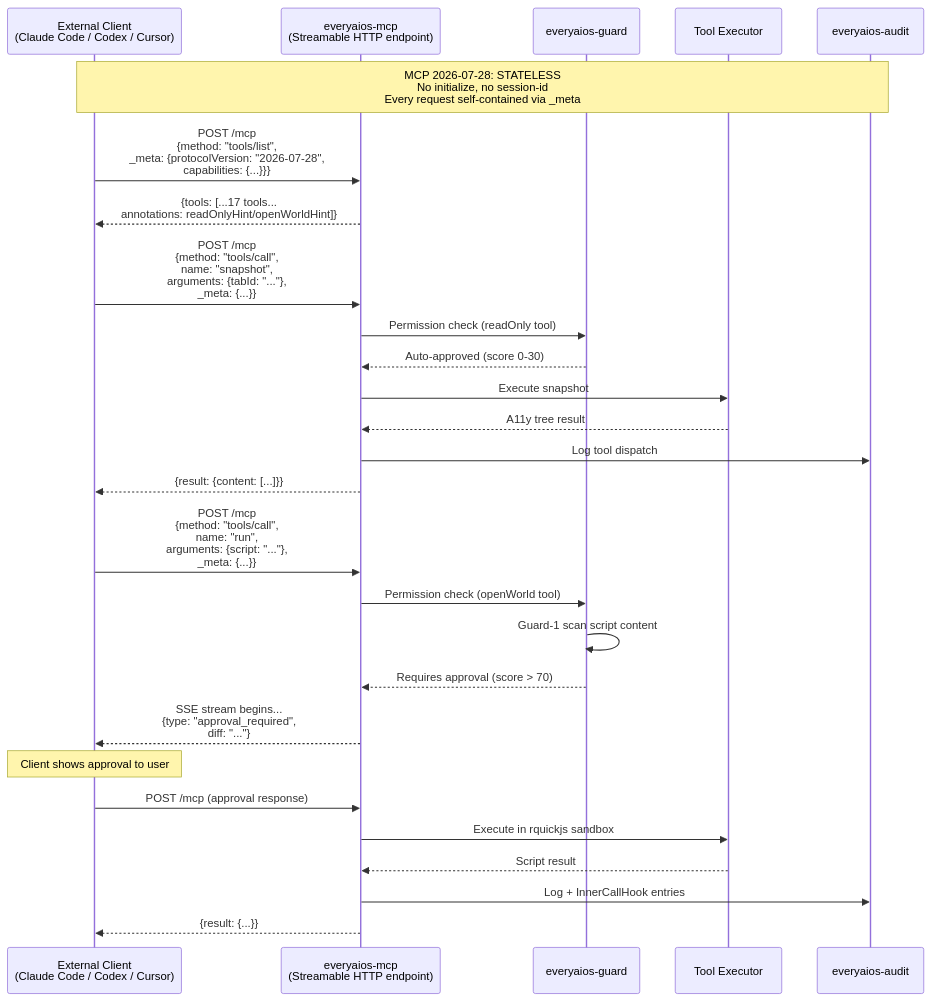
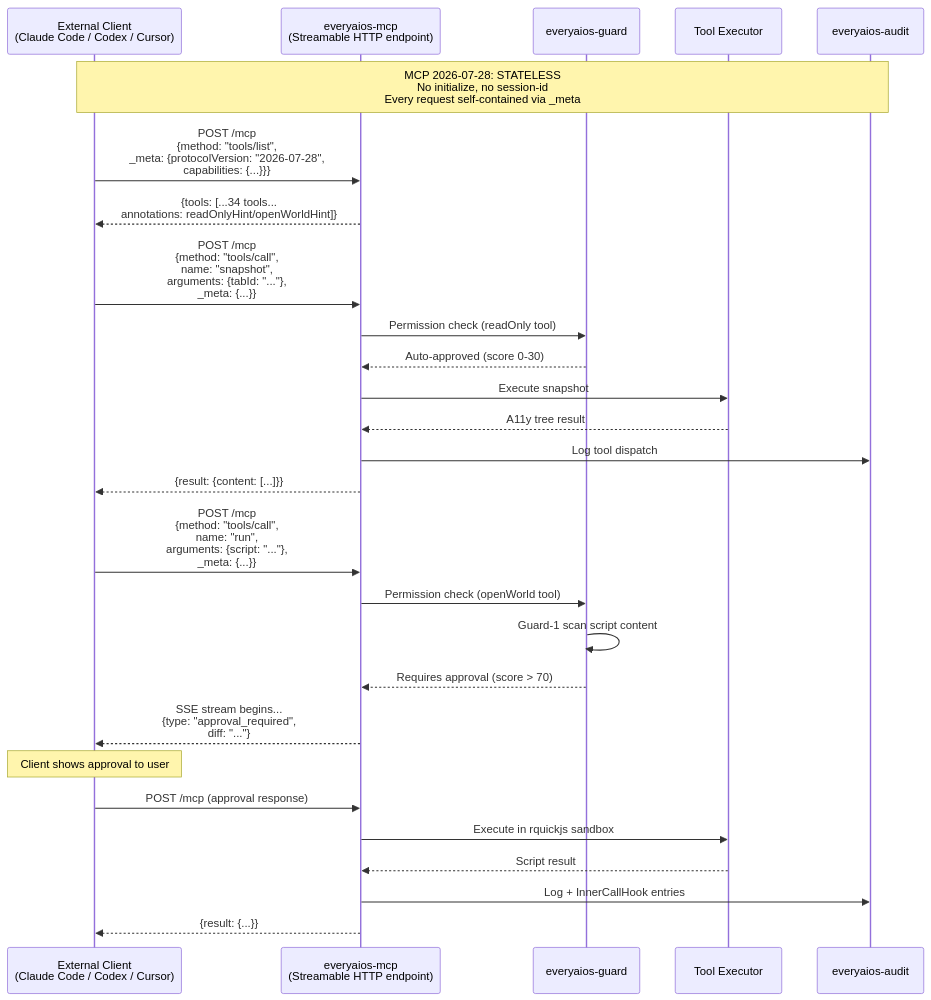
Diagram 18 of 24 in ARCH/DIAGRAMS.md (sarv-projects/EveryAIOS), drawn with Mermaid before and after one commit. The commit also changed other lines of this file and 45 other files, not shown here.

````diff
--- a/ARCH/DIAGRAMS.md
+++ b/ARCH/DIAGRAMS.md
@@ -687,33 +690,33 @@
 ```mermaid
 sequenceDiagram
     participant Client as External Client<br/>(Claude Code / Codex / Cursor)
     participant MCP as everyaios-mcp<br/>(Streamable HTTP endpoint)
     participant Guard as everyaios-guard
     participant Tools as Tool Executor
     participant Audit as everyaios-audit
 
     Note over Client,Audit: MCP 2026-07-28: STATELESS<br/>No initialize, no session-id<br/>Every request self-contained via _meta
 
     Client->>MCP: POST /mcp<br/>{method: "tools/list",<br/>_meta: {protocolVersion: "2026-07-28",<br/>capabilities: {...}}}
-    MCP-->>Client: {tools: [...17 tools...<br/>annotations: readOnlyHint/openWorldHint]}
+    MCP-->>Client: {tools: [...34 tools...<br/>annotations: readOnlyHint/openWorldHint]}
 
     Client->>MCP: POST /mcp<br/>{method: "tools/call",<br/>name: "snapshot",<br/>arguments: {tabId: "..."},<br/>_meta: {...}}
     MCP->>Guard: Permission check (readOnly tool)
     Guard-->>MCP: Auto-approved (score 0-30)
     MCP->>Tools: Execute snapshot
     Tools-->>MCP: A11y tree result
     MCP->>Audit: Log tool dispatch
     MCP-->>Client: {result: {content: [...]}}
 
     Client->>MCP: POST /mcp<br/>{method: "tools/call",<br/>name: "run",<br/>arguments: {script: "..."},<br/>_meta: {...}}
     MCP->>Guard: Permission check (openWorld tool)
     Guard->>Guard: Guard-1 scan script content
     Guard-->>MCP: Requires approval (score > 70)
     MCP-->>Client: SSE stream begins...<br/>{type: "approval_required",<br/>diff: "..."}
     Note over Client: Client shows approval to user
     Client->>MCP: POST /mcp (approval response)
     MCP->>Tools: Execute in rquickjs sandbox
     Tools-->>MCP: Script result
     MCP->>Audit: Log + InnerCallHook entries
     MCP-->>Client: {result: {...}}
 ```
````
